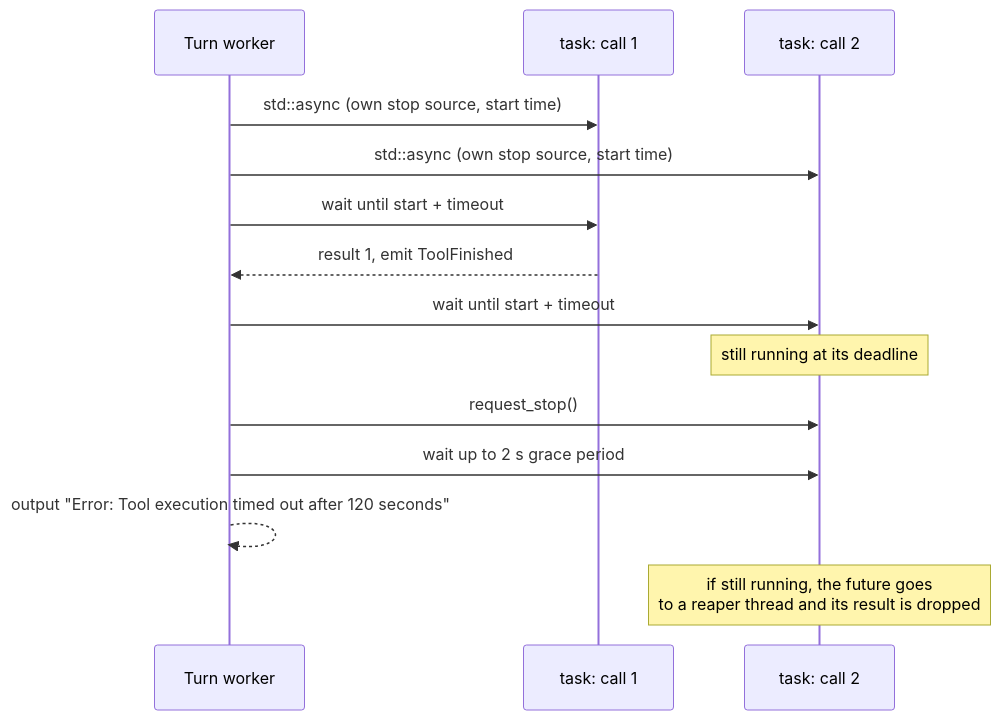
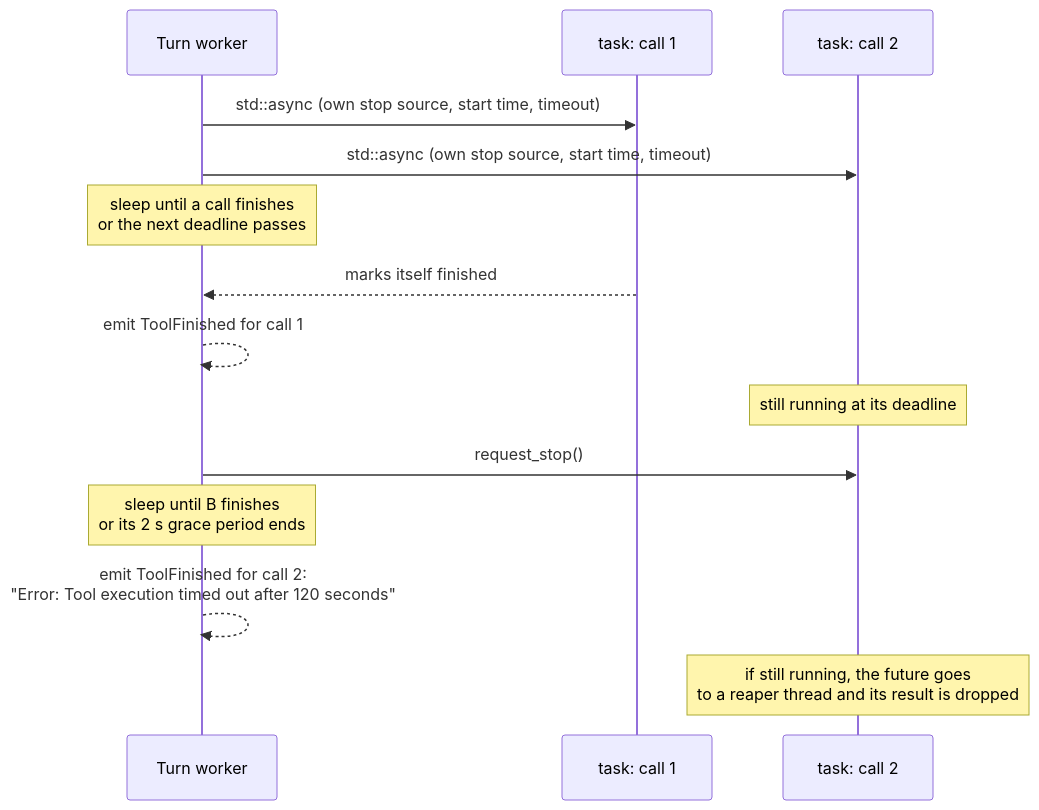
The diagram in docs/concepts/tools.md (paoloanzn/microcodex), drawn with Mermaid before and after one commit. The commit also changed other lines of this file and 8 other files, not shown here.

First line of the commit message:
feat(tools): let each tool set its own timeout and report calls as they finish

````diff
--- a/docs/concepts/tools.md
+++ b/docs/concepts/tools.md
@@ -96,17 +103,17 @@
 ```mermaid
 sequenceDiagram
     participant Turn as Turn worker
     participant A as task: call 1
     participant B as task: call 2
 
-    Turn->>A: std::async (own stop source, start time)
-    Turn->>B: std::async (own stop source, start time)
-    Turn->>A: wait until start + timeout
-    A-->>Turn: result 1, emit ToolFinished
-    Turn->>B: wait until start + timeout
+    Turn->>A: std::async (own stop source, start time, timeout)
+    Turn->>B: std::async (own stop source, start time, timeout)
+    Note over Turn: sleep until a call finishes<br/>or the next deadline passes
+    A-->>Turn: marks itself finished
+    Turn-->>Turn: emit ToolFinished for call 1
     Note over B: still running at its deadline
     Turn->>B: request_stop()
-    Turn->>B: wait up to 2 s grace period
-    Turn-->>Turn: output "Error: Tool execution timed out after 120 seconds"
+    Note over Turn: sleep until B finishes<br/>or its 2 s grace period ends
+    Turn-->>Turn: emit ToolFinished for call 2:<br/>"Error: Tool execution timed out after 120 seconds"
     Note over B: if still running, the future goes<br/>to a reaper thread and its result is dropped
 ```
````
